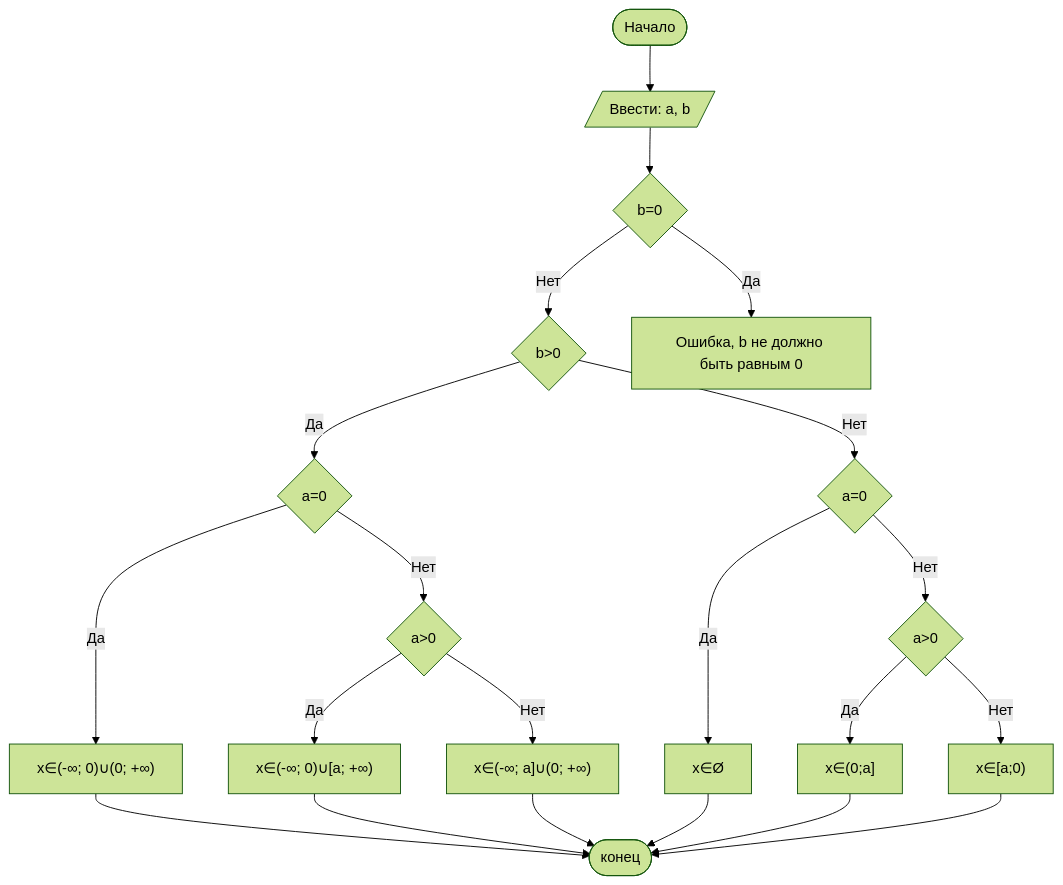
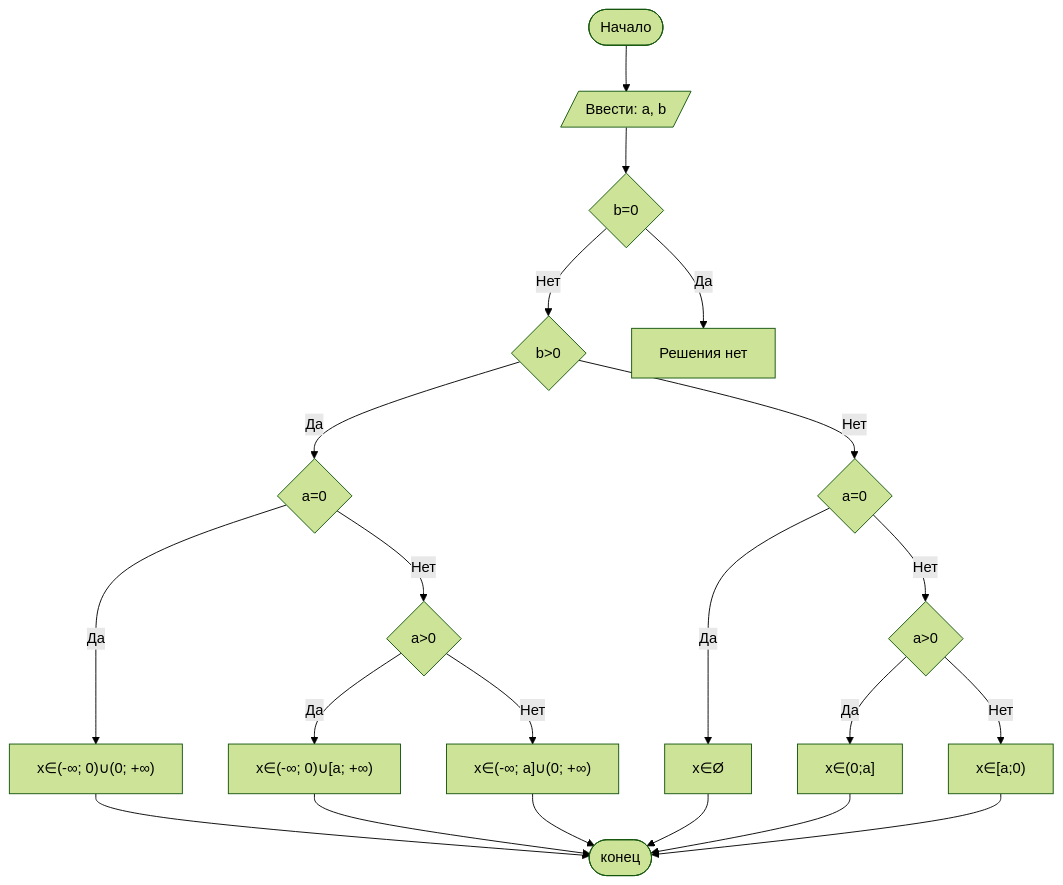
One commit to Elizavetabutko/lab1 changed the diagram in README.md. Above: the diagram before and after it, drawn with Mermaid (forest theme). The commit also changed other lines of this file, not shown here.

````diff
--- a/README.md
+++ b/README.md
@@ -81,24 +81,24 @@
 ```mermaid
 graph TD
     A([Начало]) --> B[/Ввести: a, b/]
     B --> C{b=0}
     C -- Нет --> D{b>0}
-    C -- Да --> E[Ошибка, b не должно быть равным 0]
+    C -- Да --> E[Решения нет]
     D -- Да --> F{a=0}
     D -- Нет --> G{a=0}
     F -- Да --> H["x∈(-∞; 0)∪(0; +∞)"]
     F -- Нет --> I{a>0}
     I -- Да --> L["x∈(-∞; 0)∪[a; +∞)"]
     I -- Нет --> M["x∈(-∞; a]∪(0; +∞)"]
     G -- Да --> J["x∈Ø"]
     G -- Нет --> K{a>0}
     K -- Да --> N["x∈(0;a]"]
     K -- Нет --> O["x∈[a;0)"]
     L --> Z([конец])
     M --> Z([конец])
     N --> Z([конец])
     O --> Z([конец])
     H --> Z([конец])
     J --> Z([конец])
 
 ```
````
